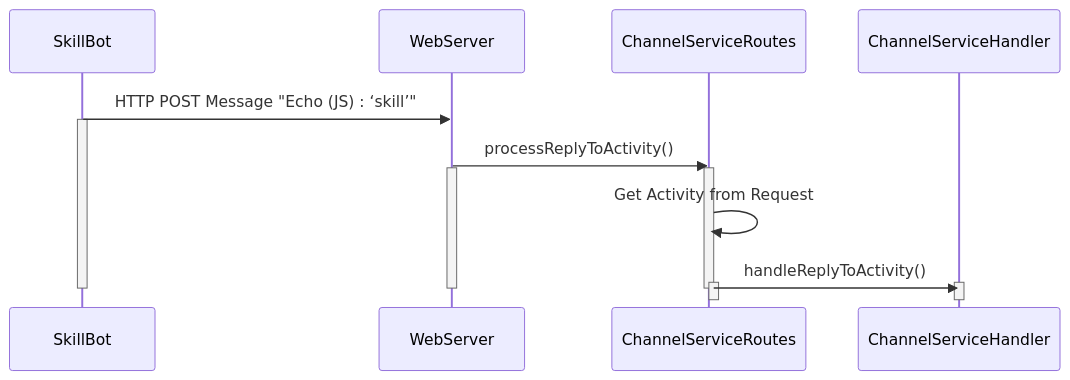
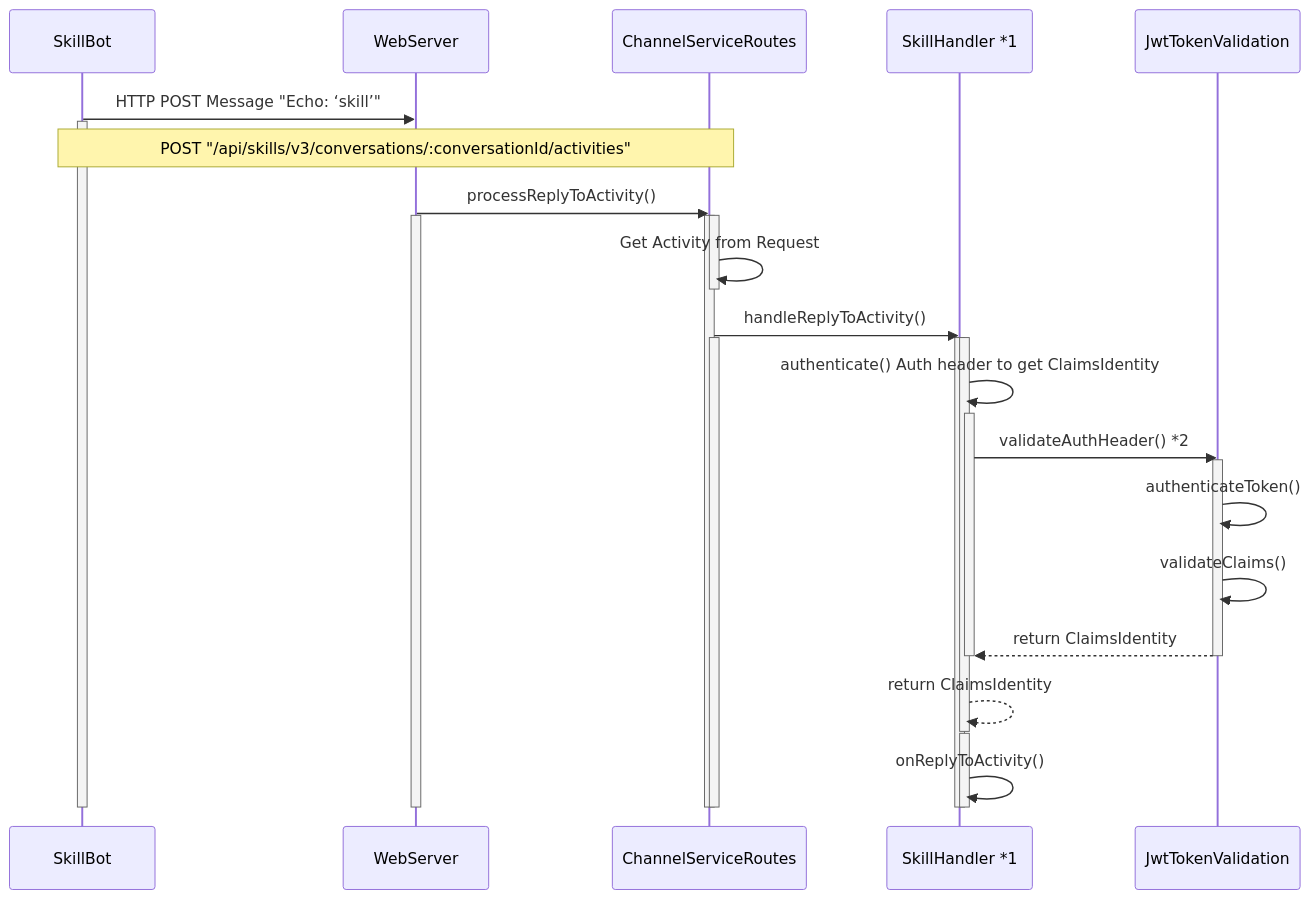
The diagram in MarkdownFiles/Skills/InboundToRootHandler.md (Zerryth/Mermaid), drawn with Mermaid before and after one commit. The commit also changed other lines of this file and 2 other files, not shown here.

Commit message:
Added file that specifically focuses on JwtTokenValidation.validateAuthHeader()

````diff
--- a/MarkdownFiles/Skills/InboundToRootHandler.md
+++ b/MarkdownFiles/Skills/InboundToRootHandler.md
@@ -1,23 +1,45 @@
 ```mermaid
 sequenceDiagram
     participant Skill as SkillBot
     participant WebServer
     participant ChannelServiceRoutes
-    participant ChannelServiceHandler
+    participant SkillHandler as SkillHandler *1
+    participant JwtTokenValidation
 
-    Skill ->> WebServer: HTTP POST Message "Echo (JS) : ‘skill’"
+    Skill ->> WebServer: HTTP POST Message "Echo: ‘skill’"
     activate Skill
+    Note over Skill, ChannelServiceRoutes: POST "/api/skills/v3/conversations/:conversationId/activities"
         WebServer ->> ChannelServiceRoutes: processReplyToActivity()
         activate WebServer
         activate ChannelServiceRoutes
+            activate ChannelServiceRoutes
             ChannelServiceRoutes ->> ChannelServiceRoutes: Get Activity from Request
-            ChannelServiceRoutes ->> ChannelServiceHandler: handleReplyToActivity()
+            deactivate ChannelServiceRoutes
+            
+            ChannelServiceRoutes ->> SkillHandler: handleReplyToActivity()
             activate ChannelServiceRoutes
-            activate ChannelServiceHandler
+            activate SkillHandler
+                activate SkillHandler
+                    SkillHandler ->> SkillHandler: authenticate() Auth header to get ClaimsIdentity
+                    activate SkillHandler
+                        SkillHandler ->> JwtTokenValidation: validateAuthHeader() *2
+                        activate JwtTokenValidation
+                            JwtTokenValidation ->> JwtTokenValidation: authenticateToken()
+
+                            JwtTokenValidation ->> JwtTokenValidation: validateClaims()
+
+                            JwtTokenValidation -->> SkillHandler: return ClaimsIdentity
+                        deactivate JwtTokenValidation
+                    deactivate SkillHandler
+                    SkillHandler -->> SkillHandler: return ClaimsIdentity
+                deactivate SkillHandler
                 
-            deactivate ChannelServiceHandler
+                activate SkillHandler
+                    SkillHandler ->> SkillHandler: onReplyToActivity()
+                deactivate SkillHandler
+            deactivate SkillHandler
             deactivate ChannelServiceRoutes
         deactivate ChannelServiceRoutes
         deactivate WebServer
     deactivate Skill
 ```
````
